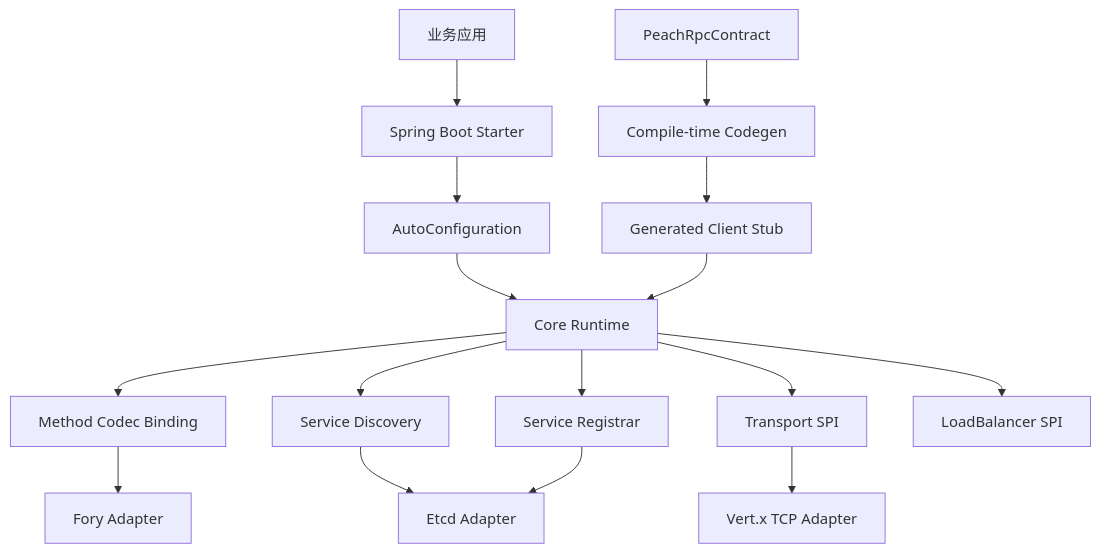
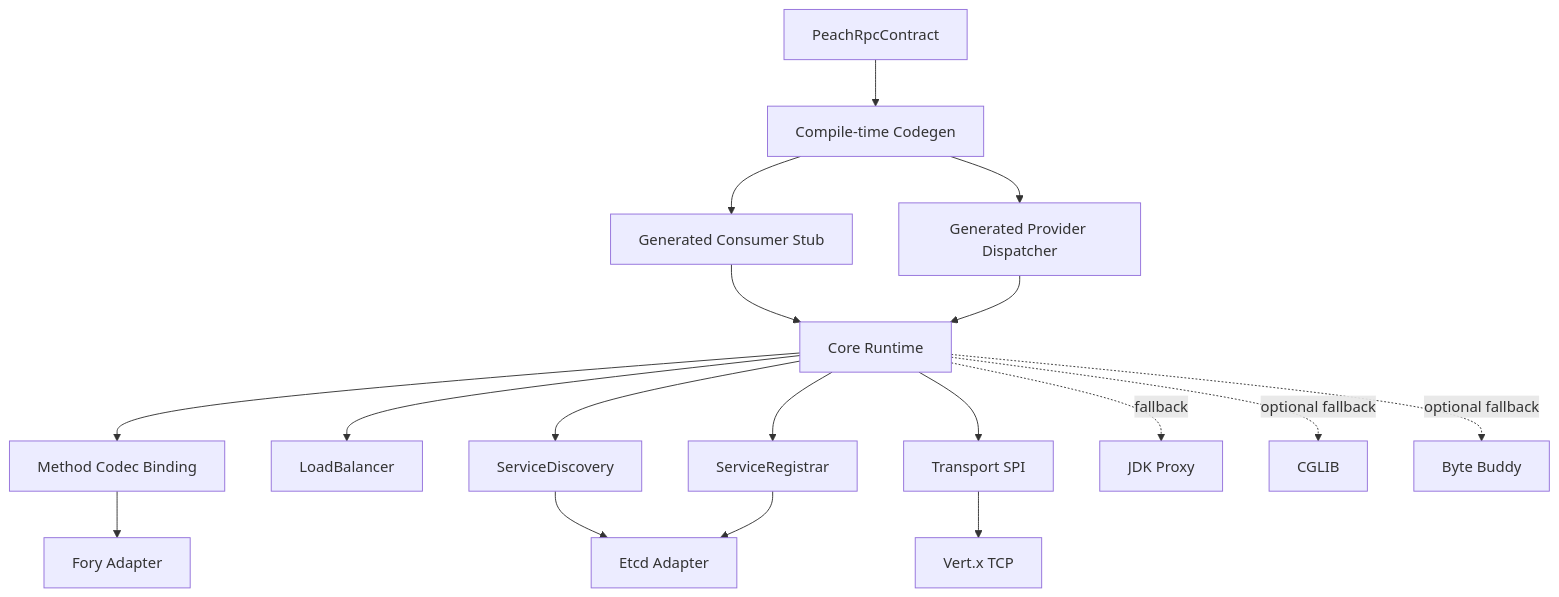
The first of 3 diagrams in docs/architecture.md (Ryan-Guizhou/peach-rpc), drawn with Mermaid before and after one commit. The commit also changed other lines of this file and 52 other files, not shown here.

````diff
--- a/docs/architecture.md
+++ b/docs/architecture.md
@@ -15,18 +15,20 @@
 ```mermaid
 flowchart TB
-    App[业务应用] --> Starter[Spring Boot Starter]
-    Starter --> Auto[AutoConfiguration]
-    Auto --> Core[Core Runtime]
     Contract[PeachRpcContract] --> Codegen[Compile-time Codegen]
-    Codegen --> Stub[Generated Client Stub]
-    Stub --> Core
+    Codegen --> Stub[Generated Consumer Stub]
+    Codegen --> Dispatcher[Generated Provider Dispatcher]
+    Stub --> Core[Core Runtime]
+    Dispatcher --> Core
     Core --> Codec[Method Codec Binding]
-    Core --> Discovery[Service Discovery]
-    Core --> Registrar[Service Registrar]
+    Core --> LB[LoadBalancer]
+    Core --> Discovery[ServiceDiscovery]
+    Core --> Registrar[ServiceRegistrar]
     Core --> Transport[Transport SPI]
-    Core --> LB[LoadBalancer SPI]
     Codec --> Fory[Fory Adapter]
     Discovery --> Etcd[Etcd Adapter]
     Registrar --> Etcd
-    Transport --> Vertx[Vert.x TCP Adapter]
+    Transport --> Vertx[Vert.x TCP]
+    Core -. fallback .-> JDK[JDK Proxy]
+    Core -. optional fallback .-> Cglib[CGLIB]
+    Core -. optional fallback .-> ByteBuddy[Byte Buddy]
 ```
````
